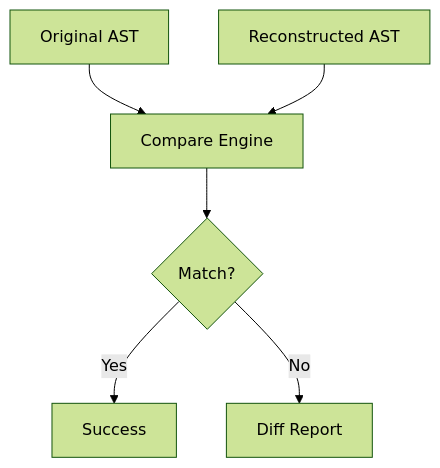
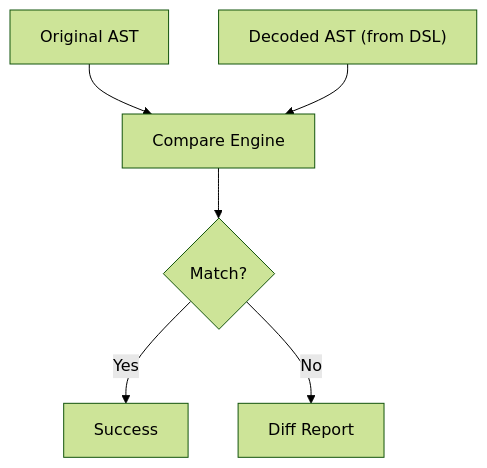
One commit to AdamMomen/curly-winner changed the ninth of 13 diagrams in architecture.md. Above: the diagram before and after it, drawn with Mermaid (forest theme). The commit also changed other lines of this file and 6 other files, not shown here.

````diff
--- a/architecture.md
+++ b/architecture.md
@@ -172,9 +172,9 @@
 ```mermaid
 flowchart TD
   A[Original AST] --> C[Compare Engine]
-  B[Reconstructed AST] --> C
+  B["Decoded AST (from DSL)"] --> C
 
   C --> D{Match?}
   D -->|Yes| E[Success]
   D -->|No| F[Diff Report]
 ```
````
